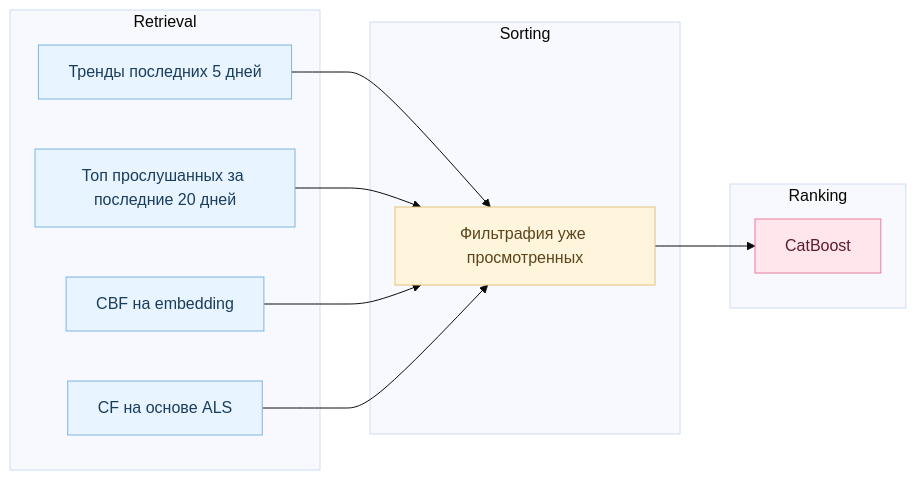
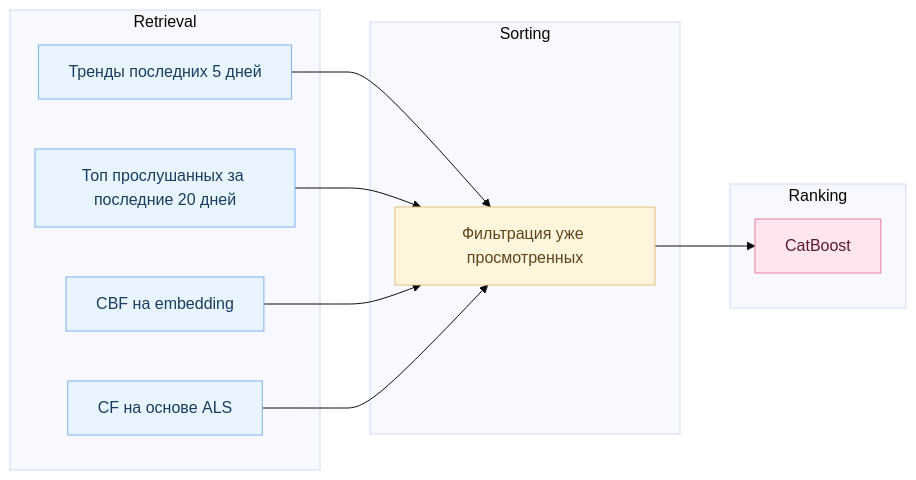
Before and after one commit to Nastasy822/music-recommendation-experiments: the diagram in README.md, drawn with Mermaid (base theme).

Commit message:
chore: fix grammar

````diff
--- a/README.md
+++ b/README.md
@@ -151,36 +151,36 @@
 ```mermaid
 flowchart LR
 
     %% === Блоки пайплайна ===
     subgraph RETRIEVAL ["Retrieval"]
         PopAll["Тренды последних 5 дней"]
         PopUser["Топ прослушанных за последние 20 дней"]
         SIM["CBF на embedding"]
         ALS["CF на основе ALS"]
     end
 
     subgraph SORTING ["Sorting"]
-        FILTER["Фильтрафия уже просмотренных"]
+        FILTER["Фильтрация уже просмотренных"]
     end
 
     subgraph RANKING ["Ranking"]
         RANK["CatBoost"]
     end
 
     %% === Потоки данных ===
     PopAll --> FILTER
     PopUser --> FILTER
     SIM --> FILTER
     ALS --> FILTER
 
     FILTER --> RANK
 
     %% === Цветовые стили (Пастельные узлы, фон subgraph по умолчанию — белый) ===
     classDef retrieval fill:#e8f4ff,stroke:#7db4e6,color:#1a3d5c;
     classDef sorting fill:#fff5dd,stroke:#e6c27d,color:#5c451a;
     classDef ranking fill:#ffe6ec,stroke:#e67d9c,color:#5c1a2f;
 
     class PopAll,PopUser,SIM,ALS retrieval;
     class FILTER sorting;
     class RANK ranking;
 ```
````
